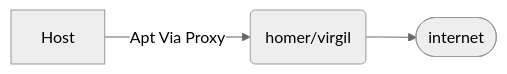
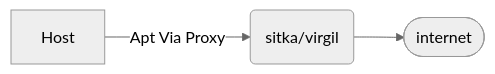
One commit to suspect-devices/digithink changed the second of 2 diagrams in docs/rethinkeverything/norouter/wireguard-and-tinyproxy.md. Above: the diagram before and after it, drawn with Mermaid (neutral theme). The commit also changed other lines of this file and 6 other files, not shown here.

````diff
--- a/docs/rethinkeverything/norouter/wireguard-and-tinyproxy.md
+++ b/docs/rethinkeverything/norouter/wireguard-and-tinyproxy.md
@@ -17,5 +19,5 @@
     ```mermaid
     graph LR
     B --> I([internet])
-    A[Host] -- Apt Via Proxy --> B(homer/virgil);
+    A[Host] -- Apt Via Proxy --> B(sitka/virgil);
     ```
````
